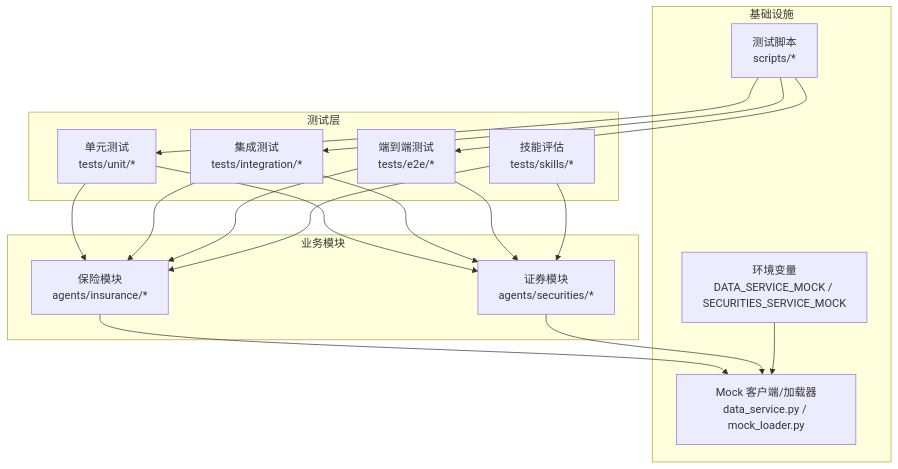
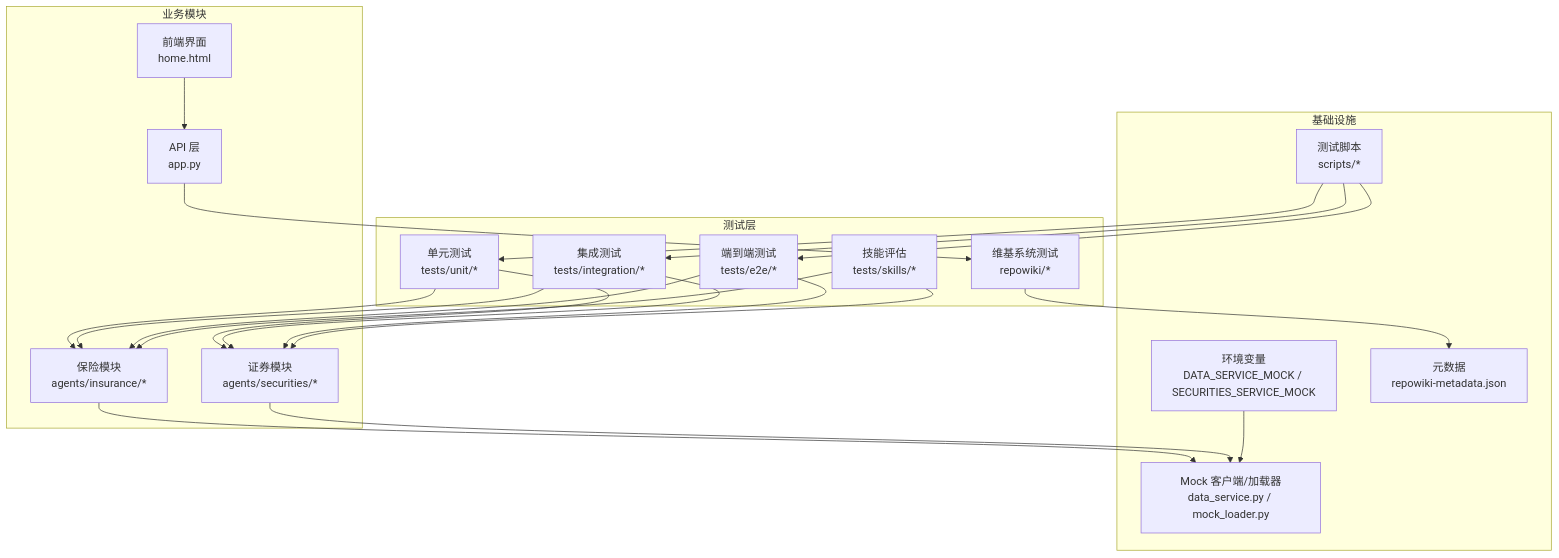
Before and after one commit to YU-JI-KUI/ark-agentic: the second of 10 diagrams in repowiki/zh/content/测试策略/测试策略.md, drawn with Mermaid. The commit also changed other lines of this file and 10 other files, not shown here.

````diff
--- a/repowiki/zh/content/测试策略/测试策略.md
+++ b/repowiki/zh/content/测试策略/测试策略.md
@@ -93,32 +109,39 @@
 ```mermaid
 graph TB
 subgraph "测试层"
 UT["单元测试<br/>tests/unit/*"]
 IT["集成测试<br/>tests/integration/*"]
 ET["端到端测试<br/>tests/e2e/*"]
 SK["技能评估<br/>tests/skills/*"]
+WS["维基系统测试<br/>repowiki/*"]
 end
 subgraph "业务模块"
 INS["保险模块<br/>agents/insurance/*"]
 SEC["证券模块<br/>agents/securities/*"]
+API["API 层<br/>app.py"]
+HOME["前端界面<br/>home.html"]
 end
 subgraph "基础设施"
 MOCK["Mock 客户端/加载器<br/>data_service.py / mock_loader.py"]
 ENV["环境变量<br/>DATA_SERVICE_MOCK / SECURITIES_SERVICE_MOCK"]
 SCRIPTS["测试脚本<br/>scripts/*"]
+META["元数据<br/>repowiki-metadata.json"]
 end
 UT --> INS
 UT --> SEC
 IT --> INS
 IT --> SEC
 ET --> INS
 ET --> SEC
 SK --> INS
 SK --> SEC
+WS --> META
+API --> WS
+HOME --> API
 INS --> MOCK
 SEC --> MOCK
 ENV --> MOCK
 SCRIPTS --> UT
 SCRIPTS --> IT
 SCRIPTS --> ET
 ```
````
